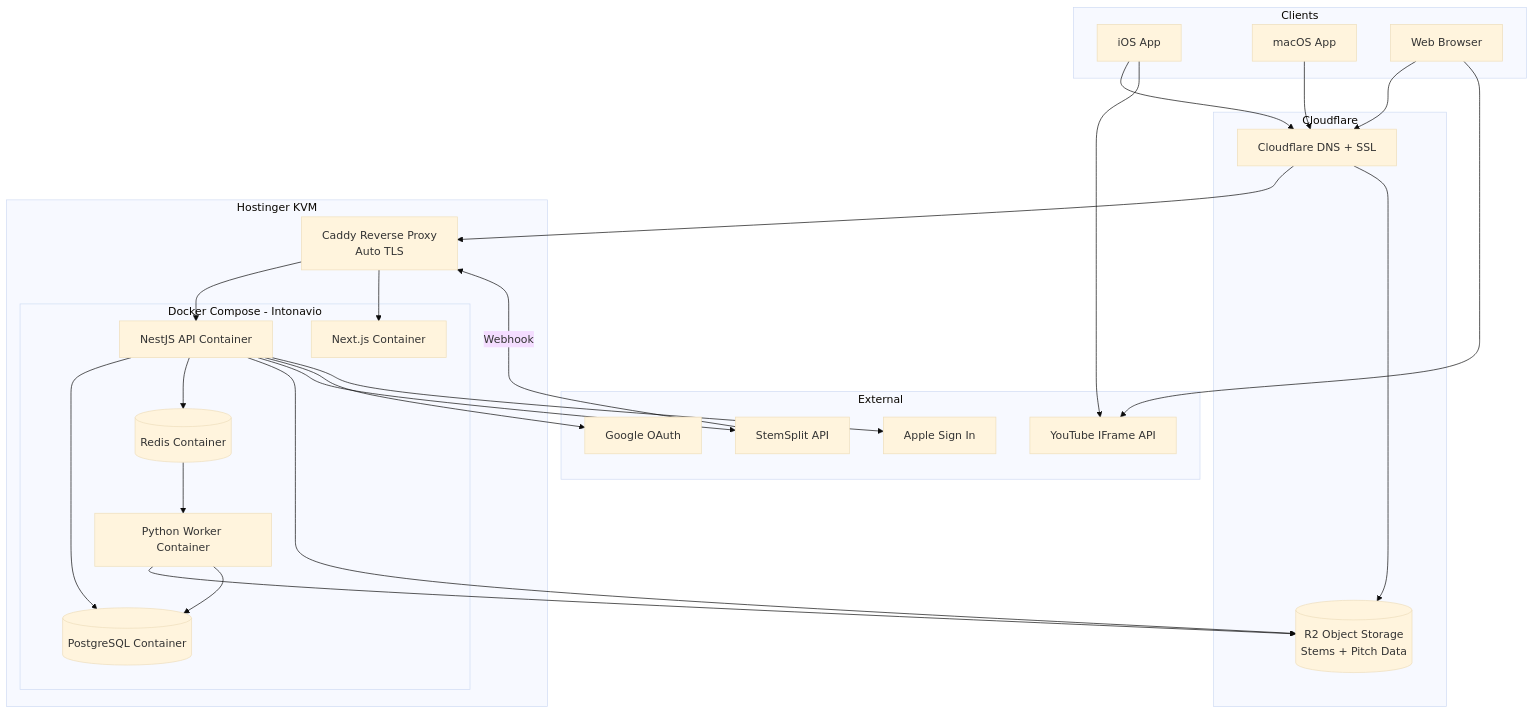
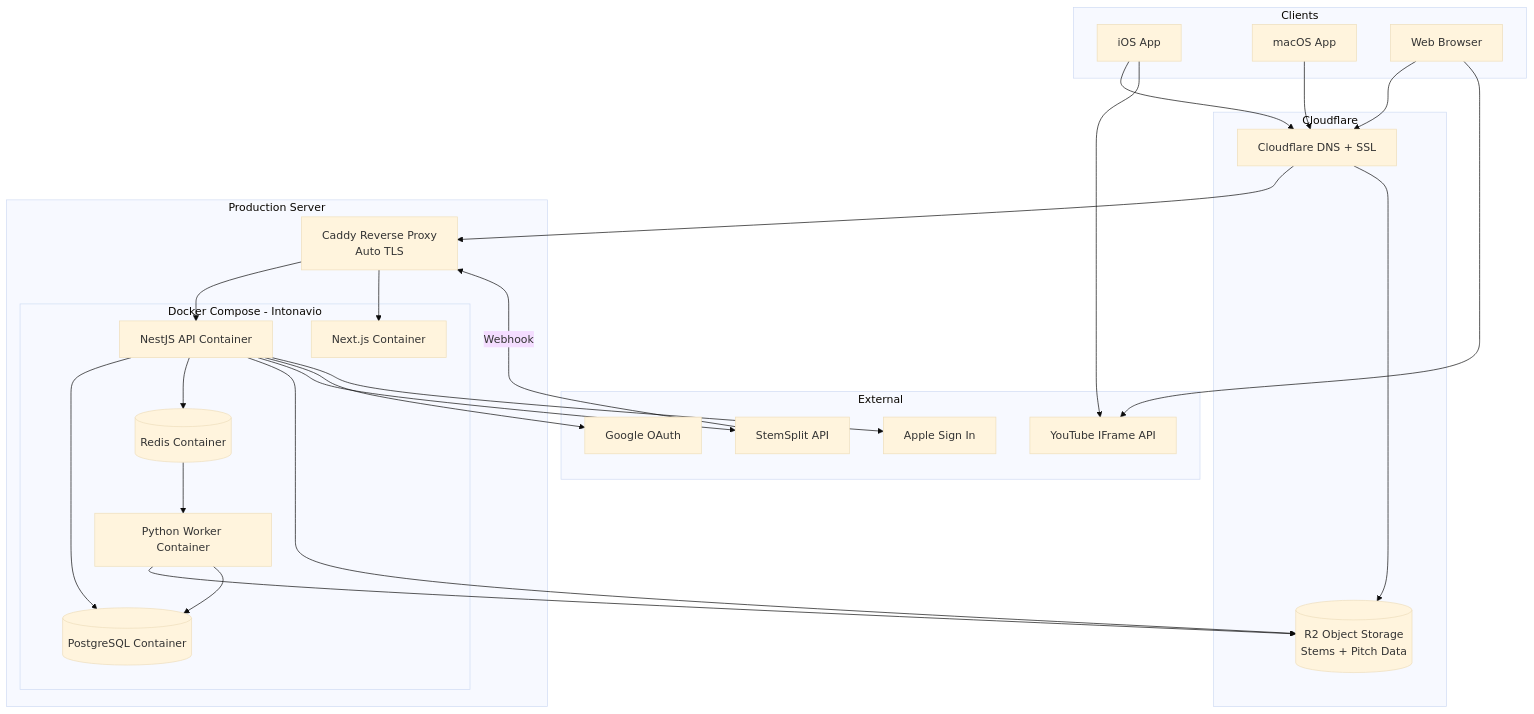
One commit to pawelgawliczek/intonavio changed the first of 2 diagrams in docs/08-infrastructure.md. Above: the diagram before and after it, drawn with Mermaid (base theme). The commit also changed other lines of this file and 17 other files, not shown here.

````diff
--- a/docs/08-infrastructure.md
+++ b/docs/08-infrastructure.md
@@ -5,57 +5,57 @@
 ```mermaid
 graph TD
     subgraph Clients
         iOS[iOS App]
         macOS[macOS App]
         Browser[Web Browser]
     end
 
     subgraph Cloudflare
         CF[Cloudflare DNS + SSL]
         R2[(R2 Object Storage<br/>Stems + Pitch Data)]
     end
 
-    subgraph Hostinger KVM
+    subgraph Production Server
         Caddy[Caddy Reverse Proxy<br/>Auto TLS]
         subgraph Docker Compose - Intonavio
             API[NestJS API Container]
             Web[Next.js Container]
             Worker[Python Worker Container]
             PG[(PostgreSQL Container)]
             Redis[(Redis Container)]
         end
     end
 
     subgraph External
         SS[StemSplit API]
         Google[Google OAuth]
         Apple[Apple Sign In]
         YT[YouTube IFrame API]
     end
 
     iOS --> CF
     macOS --> CF
     Browser --> CF
 
     CF --> Caddy
     CF --> R2
 
     iOS --> YT
     Browser --> YT
 
     Caddy --> API
     Caddy --> Web
 
     API --> PG
     API --> Redis
     API --> R2
     API --> SS
     API --> Google
     API --> Apple
 
     Redis --> Worker
     Worker --> R2
     Worker --> PG
 
     SS -->|Webhook| Caddy
 ```
````
